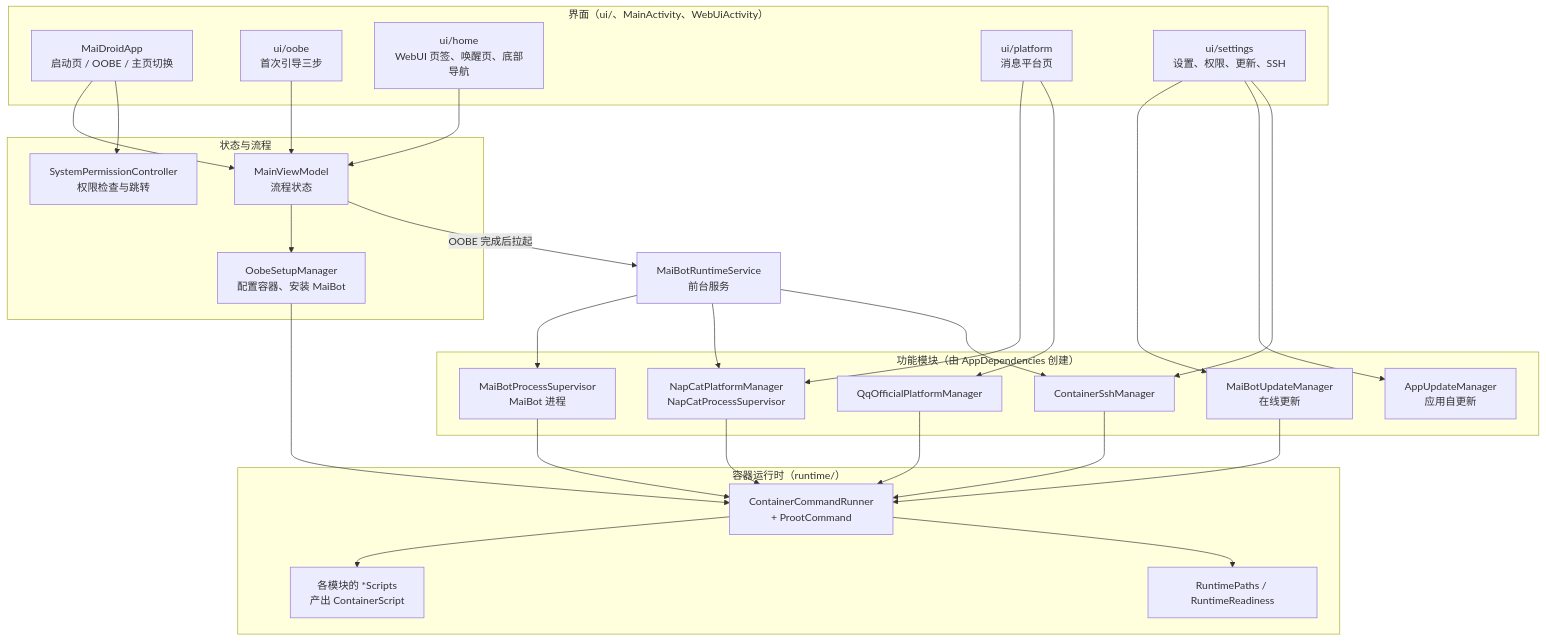
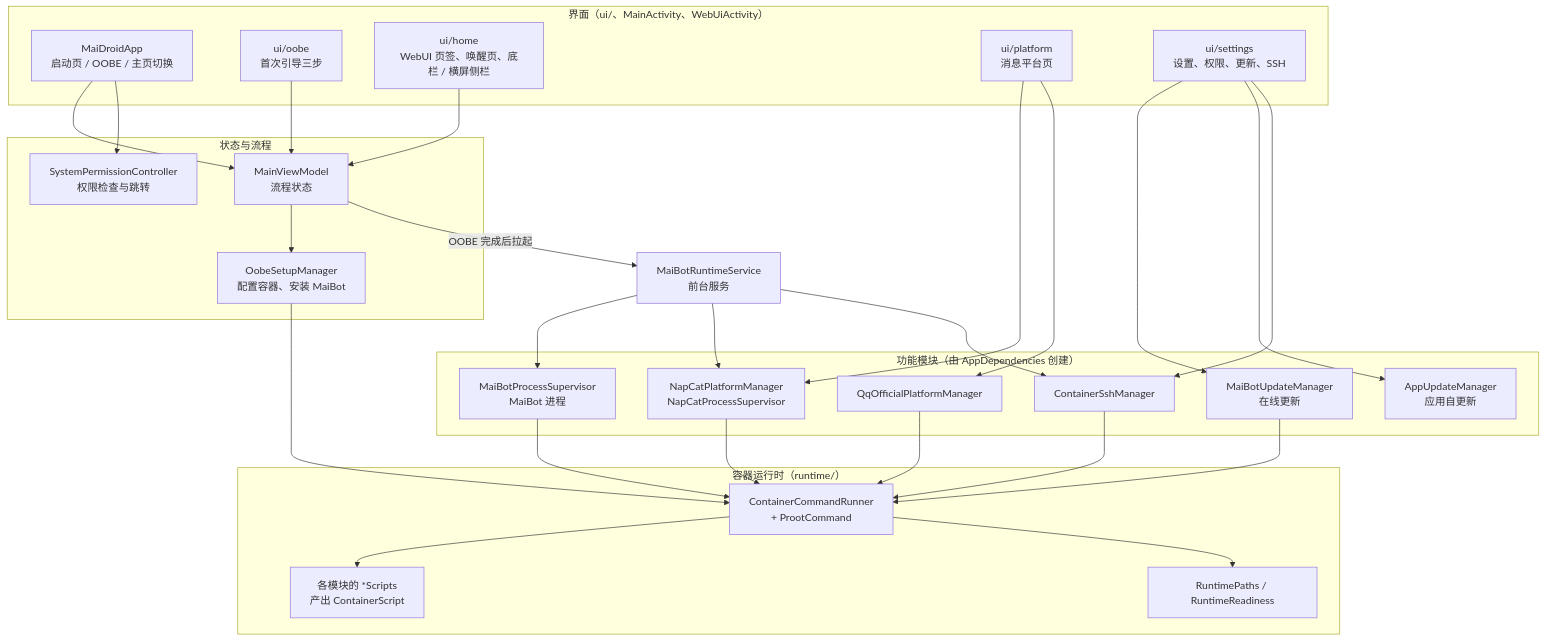
Before and after one commit to Mai-with-u/MaiDroid: the diagram in docs/architecture.md, drawn with Mermaid. The commit also changed other lines of this file and 2 other files, not shown here.

First line of the commit message:
docs: 记录横屏适配、桌面版 WebUI 与主题修复

````diff
--- a/docs/architecture.md
+++ b/docs/architecture.md
@@ -9,58 +9,58 @@
 ```mermaid
 flowchart TB
     subgraph UI["界面（ui/、MainActivity、WebUiActivity）"]
         App["MaiDroidApp\n启动页 / OOBE / 主页切换"]
         Oobe["ui/oobe\n首次引导三步"]
-        Home["ui/home\nWebUI 页签、唤醒页、底部导航"]
+        Home["ui/home\nWebUI 页签、唤醒页、底栏 / 横屏侧栏"]
         Platforms["ui/platform\n消息平台页"]
         Settings["ui/settings\n设置、权限、更新、SSH"]
     end
 
     subgraph State["状态与流程"]
         VM["MainViewModel\n流程状态"]
         OobeMgr["OobeSetupManager\n配置容器、安装 MaiBot"]
         Perm["SystemPermissionController\n权限检查与跳转"]
     end
 
     subgraph Modules["功能模块（由 AppDependencies 创建）"]
         MaiBot["MaiBotProcessSupervisor\nMaiBot 进程"]
         Update["MaiBotUpdateManager\n在线更新"]
         AppUpdate["AppUpdateManager\n应用自更新"]
         NapCat["NapCatPlatformManager\nNapCatProcessSupervisor"]
         QqOfficial["QqOfficialPlatformManager"]
         Ssh["ContainerSshManager"]
     end
 
     subgraph Runtime["容器运行时（runtime/）"]
         Paths["RuntimePaths / RuntimeReadiness"]
         Runner["ContainerCommandRunner\n+ ProotCommand"]
         Scripts["各模块的 *Scripts\n产出 ContainerScript"]
     end
 
     Service["MaiBotRuntimeService\n前台服务"]
 
     App --> VM
     App --> Perm
     Oobe --> VM
     VM --> OobeMgr
     Home --> VM
     Platforms --> NapCat
     Platforms --> QqOfficial
     Settings --> Update
     Settings --> AppUpdate
     Settings --> Ssh
 
     VM -->|OOBE 完成后拉起| Service
     Service --> MaiBot
     Service --> NapCat
     Service --> Ssh
 
     OobeMgr --> Runner
     MaiBot --> Runner
     Update --> Runner
     NapCat --> Runner
     QqOfficial --> Runner
     Ssh --> Runner
     Runner --> Scripts
     Runner --> Paths
 ```
````
